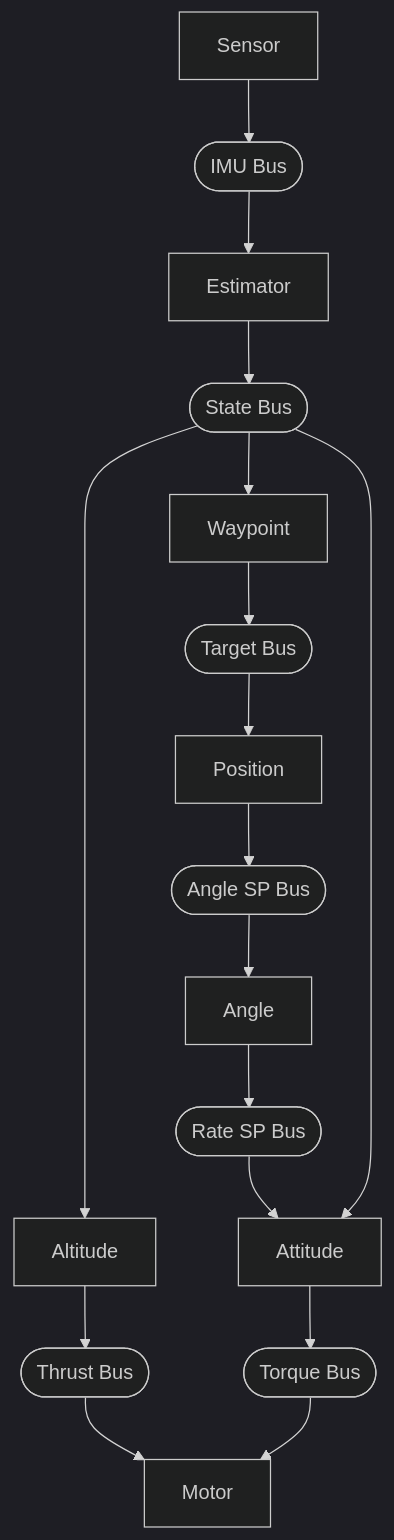
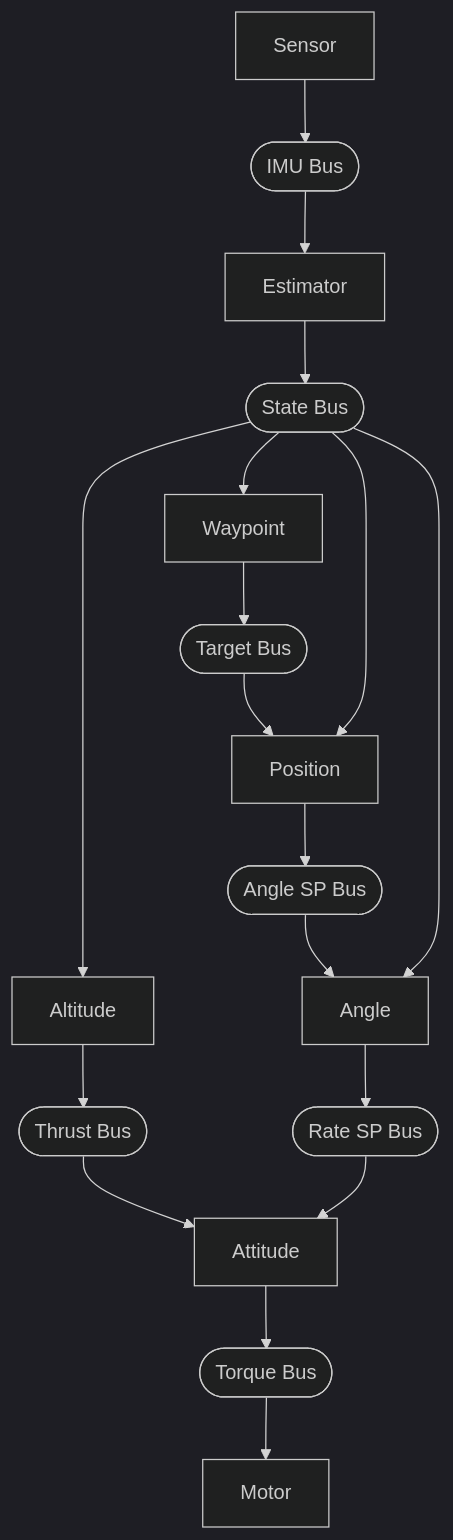
One commit to joagre/rt changed the diagram in examples/pilot/README.md. Above: the diagram before and after it, drawn with Mermaid (dark theme). The commit also changed other lines of this file and 1 other file, not shown here.

Commit message:
Sync documentation with codebase
- Fix architecture diagrams: ThrustBus goes to Attitude, not Motor
- Add missing StateBus connections to Position and Angle actors
- Update TARGET_YAW reference to target bus source
- Fix motor positions in device tables (rear-left, front-left, etc.)
- Clarify waypoint looping behavior

````diff
--- a/examples/pilot/README.md
+++ b/examples/pilot/README.md
@@ -56,10 +56,10 @@
 ```mermaid
 graph TB
     Sensor[Sensor] --> IMUBus([IMU Bus]) --> Estimator[Estimator] --> StateBus([State Bus])
 
-    StateBus --> Altitude[Altitude] --> ThrustBus([Thrust Bus]) --> Motor[Motor]
+    StateBus --> Altitude[Altitude] --> ThrustBus([Thrust Bus]) --> Attitude[Attitude]
     StateBus --> Waypoint[Waypoint] --> TargetBus([Target Bus]) --> Position[Position]
-    Position --> AngleSP([Angle SP Bus]) --> Angle[Angle]
-    Angle --> RateSP([Rate SP Bus]) --> Attitude[Attitude]
-    StateBus --> Attitude --> TorqueBus([Torque Bus]) --> Motor
+    StateBus --> Position --> AngleSP([Angle SP Bus]) --> Angle[Angle]
+    StateBus --> Angle --> RateSP([Rate SP Bus]) --> Attitude
+    Attitude --> TorqueBus([Torque Bus]) --> Motor[Motor]
 ```
````
